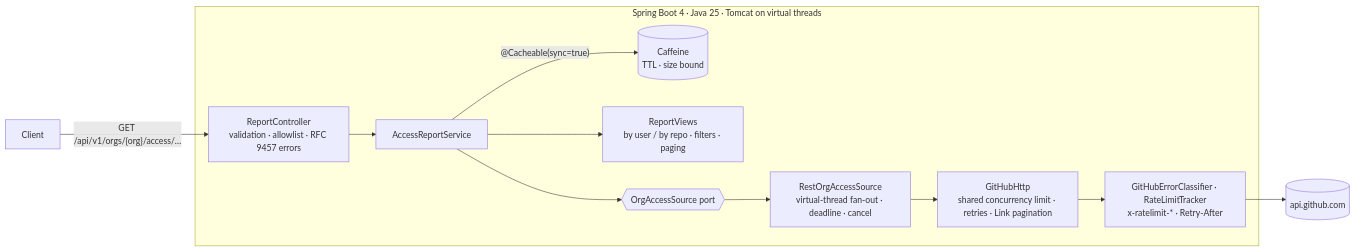
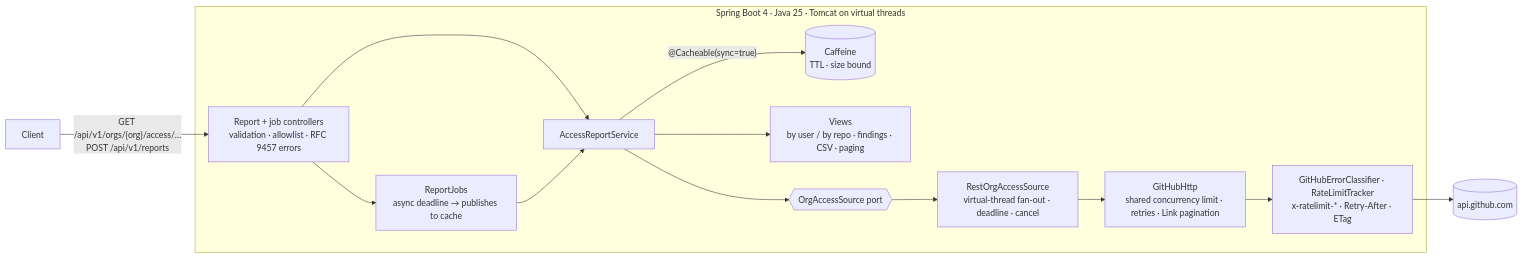
The diagram in README.md (naitikjasani/github-access-report-service), drawn with Mermaid before and after one commit. The commit also changed other lines of this file and 4 other files, not shown here.

First line of the commit message:
docs: cover findings, CSV, async jobs and ETag; final measured numbers

````diff
--- a/README.md
+++ b/README.md
@@ -69,14 +95,15 @@
 ```mermaid
 flowchart LR
-  C[Client] -->|"GET /api/v1/orgs/{org}/access/…"| API
+  C[Client] -->|"GET /api/v1/orgs/{org}/access/…<br/>POST /api/v1/reports"| API
   subgraph Service ["Spring Boot 4 · Java 25 · Tomcat on virtual threads"]
-    API["ReportController<br/>validation · allowlist · RFC 9457 errors"] --> RS[AccessReportService]
+    API["Report + job controllers<br/>validation · allowlist · RFC 9457 errors"] --> RS[AccessReportService]
+    API --> JOBS["ReportJobs<br/>async deadline → publishes to cache"] --> RS
     RS -->|"@Cacheable(sync=true)"| CACHE[("Caffeine<br/>TTL · size bound")]
-    RS --> VIEWS["ReportViews<br/>by user / by repo · filters · paging"]
+    RS --> VIEWS["Views<br/>by user / by repo · findings · CSV · paging"]
     RS --> PORT{{OrgAccessSource port}}
     PORT --> REST["RestOrgAccessSource<br/>virtual-thread fan-out · deadline · cancel"]
     REST --> HTTP["GitHubHttp<br/>shared concurrency limit · retries · Link pagination"]
-    HTTP --> RL["GitHubErrorClassifier · RateLimitTracker<br/>x-ratelimit-* · Retry-After"]
+    HTTP --> RL["GitHubErrorClassifier · RateLimitTracker<br/>x-ratelimit-* · Retry-After · ETag"]
   end
   RL --> GH[("api.github.com")]
 ```
````
